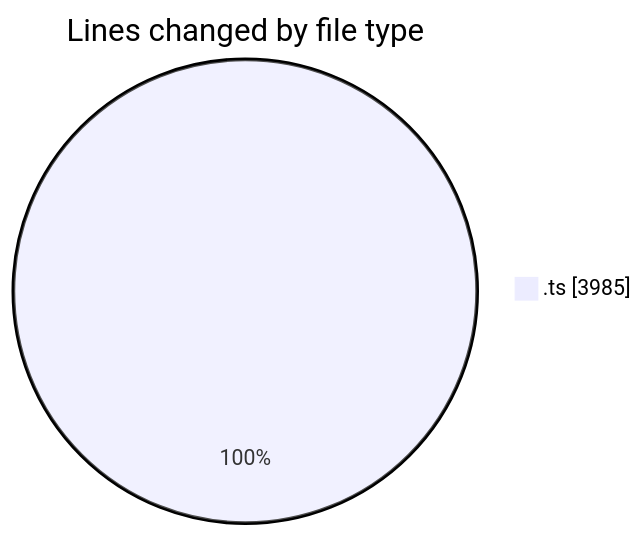
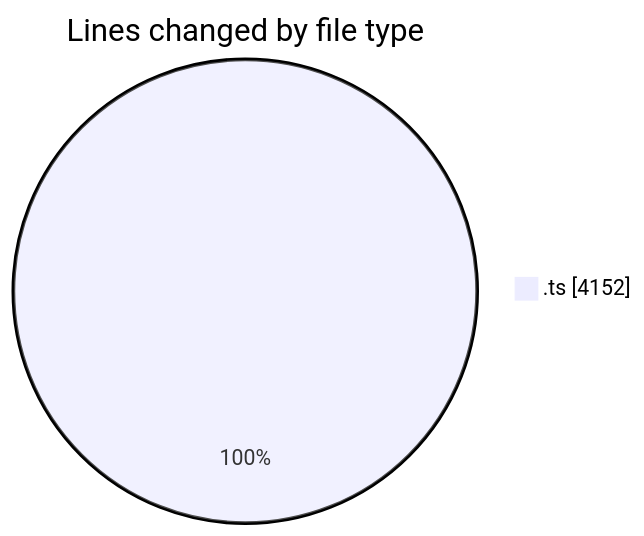
One commit to momahboobian/code-tracking changed the first of 2 diagrams in 2025-08-08/cda/README.md. Above: the diagram before and after it, drawn with Mermaid. The commit also changed other lines of this file and 1 other file, not shown here.

````diff
--- a/2025-08-08/cda/README.md
+++ b/2025-08-08/cda/README.md
@@ -26,5 +26,5 @@
 ```mermaid
 pie showData
 title Lines changed by file type
-".ts" : 3985
+".ts" : 4152
 ```
````
